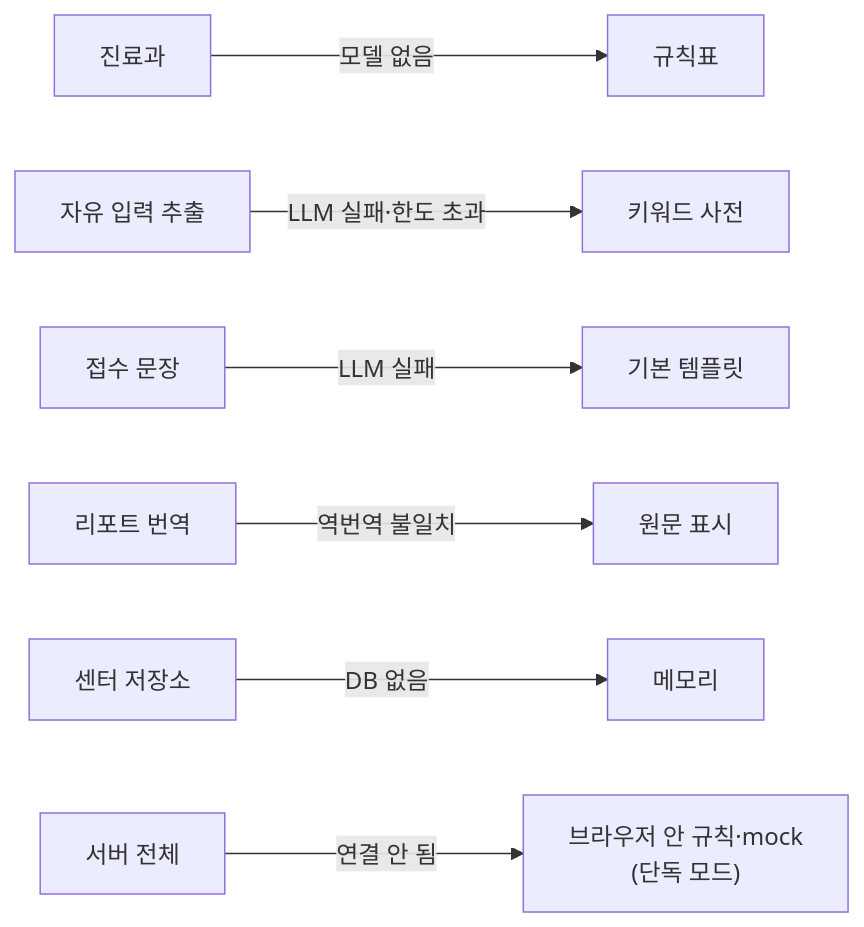
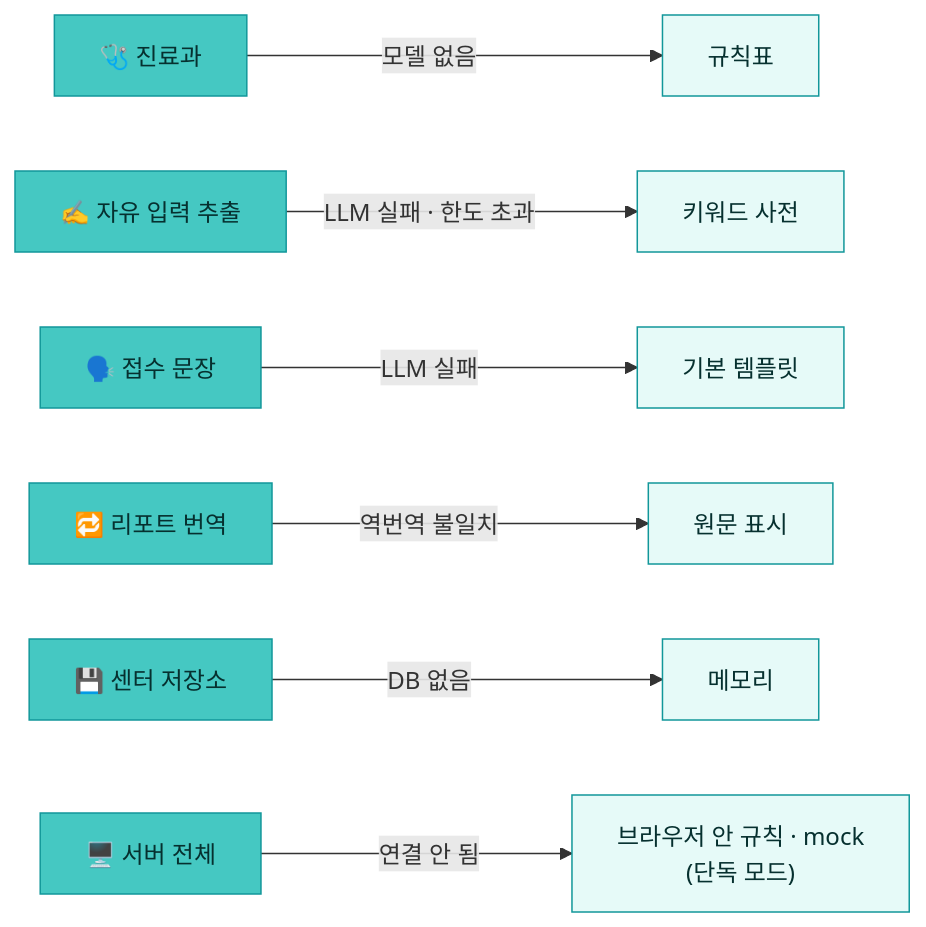
The first of 2 diagrams in README.md (conceptamin/for-nav), drawn with Mermaid before and after one commit. The commit also changed other lines of this file and 1 other file, not shown here.

````diff
--- a/README.md
+++ b/README.md
@@ -85,9 +113,14 @@
 ```mermaid
 flowchart LR
-    A["진료과"] -->|모델 없음| A2["규칙표"]
-    B["자유 입력 추출"] -->|LLM 실패·한도 초과| B2["키워드 사전"]
-    C["접수 문장"] -->|LLM 실패| C2["기본 템플릿"]
-    D["리포트 번역"] -->|역번역 불일치| D2["원문 표시"]
-    E["센터 저장소"] -->|DB 없음| E2["메모리"]
-    F["서버 전체"] -->|연결 안 됨| F2["브라우저 안 규칙·mock<br/>(단독 모드)"]
+    A["🩺 진료과"] -->|모델 없음| A2["규칙표"]
+    B["✍️ 자유 입력 추출"] -->|LLM 실패 · 한도 초과| B2["키워드 사전"]
+    C["🗣️ 접수 문장"] -->|LLM 실패| C2["기본 템플릿"]
+    D["🔁 리포트 번역"] -->|역번역 불일치| D2["원문 표시"]
+    E["💾 센터 저장소"] -->|DB 없음| E2["메모리"]
+    F["🖥️ 서버 전체"] -->|연결 안 됨| F2["브라우저 안 규칙 · mock<br/>(단독 모드)"]
+
+    classDef main fill:#45C8C2,stroke:#12979A,color:#06302f
+    classDef fb fill:#E6FAF8,stroke:#12979A,color:#06302f
+    class A,B,C,D,E,F main
+    class A2,B2,C2,D2,E2,F2 fb
 ```
````
